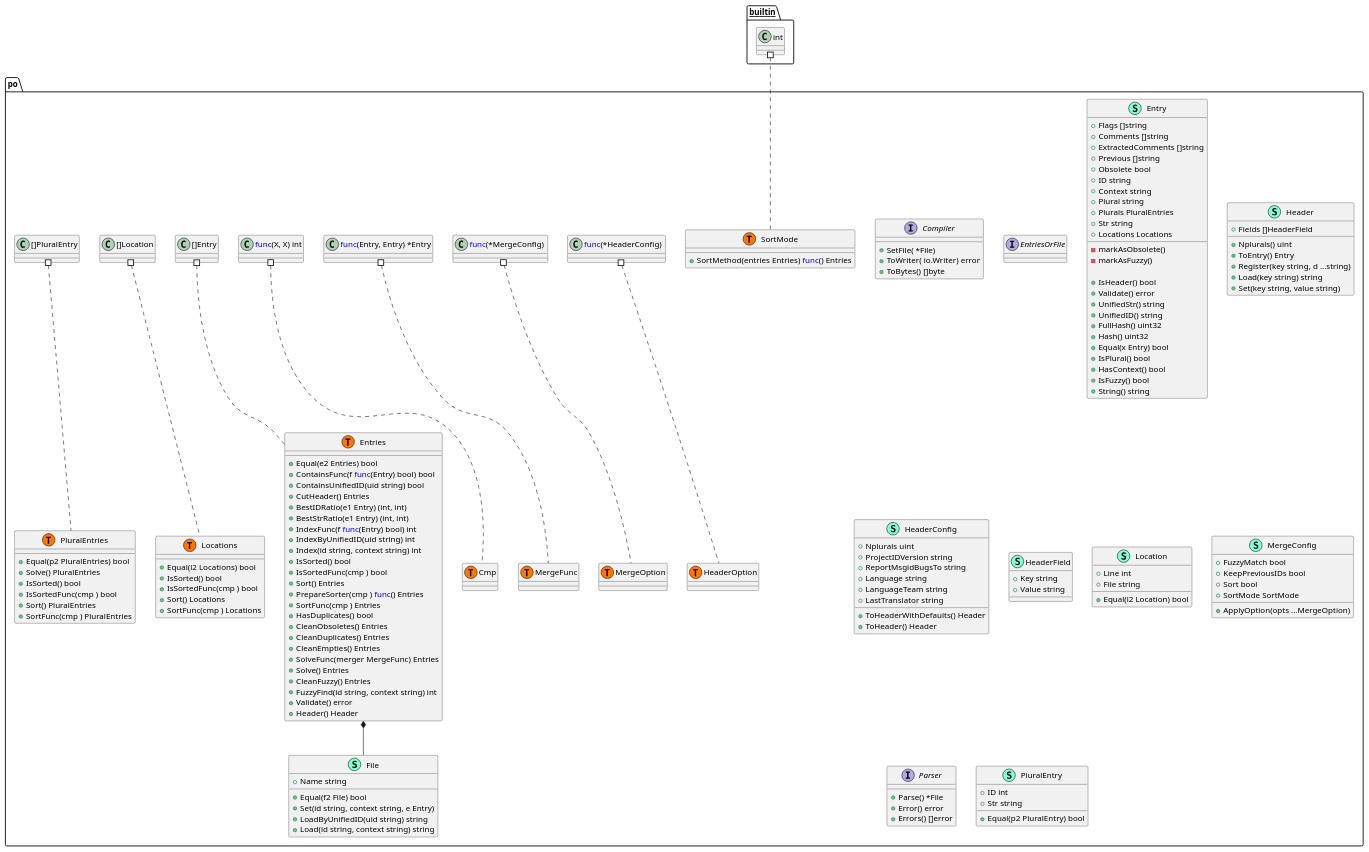
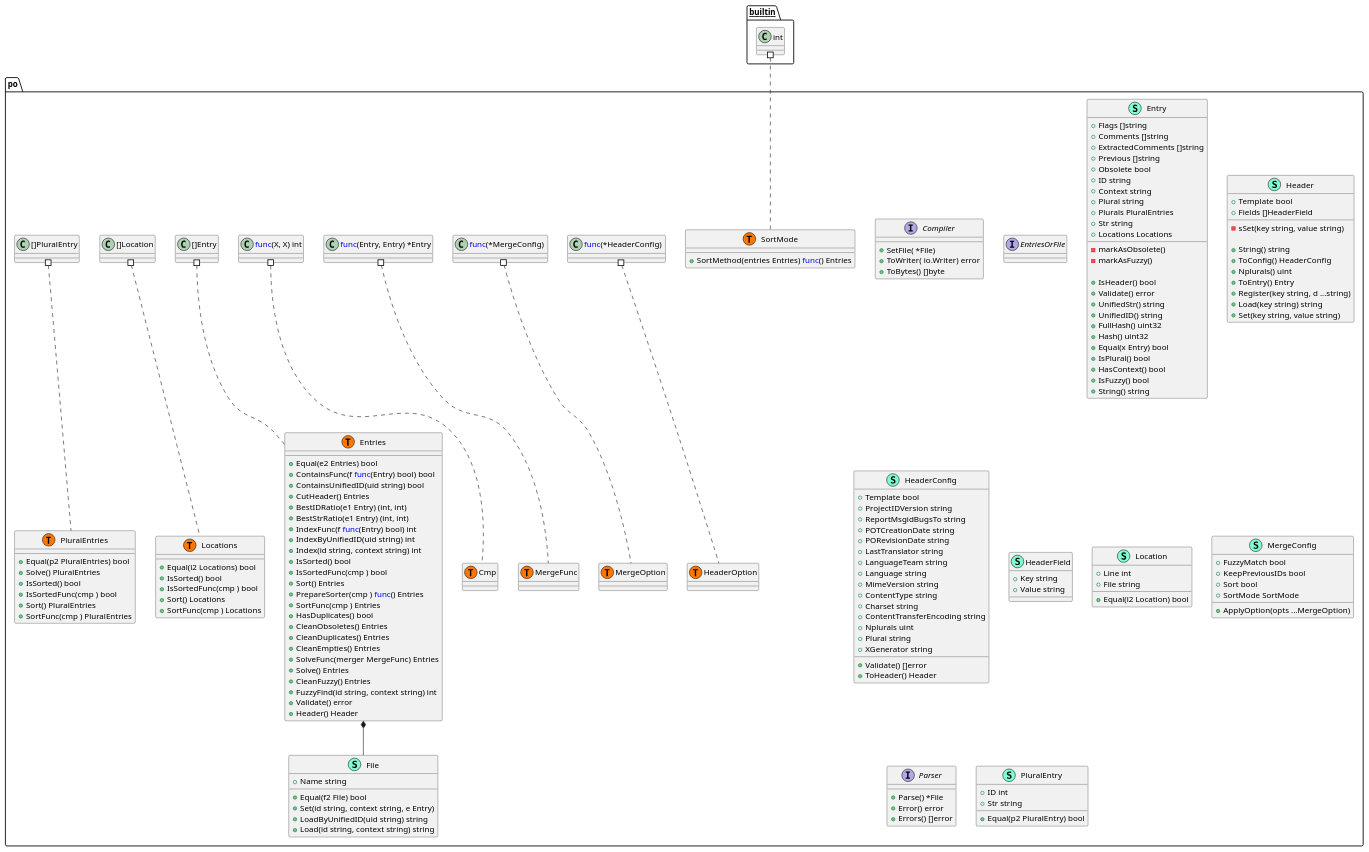
The diagram in pkg/po/structure.puml (Tom5521/gotext-tools), drawn with PlantUML before and after one commit. The commit also changed 5 other files, not shown here.

```diff
--- a/pkg/po/structure.puml
+++ b/pkg/po/structure.puml
@@ -1,181 +1,195 @@
 @startuml
 namespace po {
     interface Compiler  {
         + SetFile( *File) 
         + ToWriter( io.Writer) error
         + ToBytes() []byte
 
     }
     class Entries << (S,Aquamarine) >> {
         + Equal(e2 Entries) bool
         + ContainsFunc(f <font color=blue>func</font>(Entry) bool) bool
         + ContainsUnifiedID(uid string) bool
         + CutHeader() Entries
         + BestIDRatio(e1 Entry) (int, int)
         + BestStrRatio(e1 Entry) (int, int)
         + IndexFunc(f <font color=blue>func</font>(Entry) bool) int
         + IndexByUnifiedID(uid string) int
         + Index(id string, context string) int
         + IsSorted() bool
         + IsSortedFunc(cmp ) bool
         + Sort() Entries
         + PrepareSorter(cmp ) <font color=blue>func</font>() Entries
         + SortFunc(cmp ) Entries
         + HasDuplicates() bool
         + CleanObsoletes() Entries
         + CleanDuplicates() Entries
         + CleanEmpties() Entries
         + SolveFunc(merger MergeFunc) Entries
         + Solve() Entries
         + CleanFuzzy() Entries
         + FuzzyFind(id string, context string) int
         + Validate() error
         + Header() Header
 
     }
     interface EntriesOrFile  {
     }
     class Entry << (S,Aquamarine) >> {
         + Flags []string
         + Comments []string
         + ExtractedComments []string
         + Previous []string
         + Obsolete bool
         + ID string
         + Context string
         + Plural string
         + Plurals PluralEntries
         + Str string
         + Locations Locations
 
         - markAsObsolete() 
         - markAsFuzzy() 
 
         + IsHeader() bool
         + Validate() error
         + UnifiedStr() string
         + UnifiedID() string
         + FullHash() uint32
         + Hash() uint32
         + Equal(x Entry) bool
         + IsPlural() bool
         + HasContext() bool
         + IsFuzzy() bool
         + String() string
 
     }
     class File << (S,Aquamarine) >> {
         + Name string
 
         + Equal(f2 File) bool
         + Set(id string, context string, e Entry) 
         + LoadByUnifiedID(uid string) string
         + Load(id string, context string) string
 
     }
     class Header << (S,Aquamarine) >> {
+        + Template bool
         + Fields []HeaderField
 
+        - sSet(key string, value string) 
+
+        + String() string
+        + ToConfig() HeaderConfig
         + Nplurals() uint
         + ToEntry() Entry
         + Register(key string, d ...string) 
         + Load(key string) string
         + Set(key string, value string) 
 
     }
     class HeaderConfig << (S,Aquamarine) >> {
-        + Nplurals uint
+        + Template bool
         + ProjectIDVersion string
         + ReportMsgidBugsTo string
+        + POTCreationDate string
+        + PORevisionDate string
+        + LastTranslator string
+        + LanguageTeam string
         + Language string
-        + LanguageTeam string
-        + LastTranslator string
+        + MimeVersion string
+        + ContentType string
+        + Charset string
+        + ContentTransferEncoding string
+        + Nplurals uint
+        + Plural string
+        + XGenerator string
 
-        + ToHeaderWithDefaults() Header
+        + Validate() []error
         + ToHeader() Header
 
     }
     class HeaderField << (S,Aquamarine) >> {
         + Key string
         + Value string
 
     }
     class Location << (S,Aquamarine) >> {
         + Line int
         + File string
 
         + Equal(l2 Location) bool
 
     }
     class Locations << (S,Aquamarine) >> {
         + Equal(l2 Locations) bool
         + IsSorted() bool
         + IsSortedFunc(cmp ) bool
         + Sort() Locations
         + SortFunc(cmp ) Locations
 
     }
     class MergeConfig << (S,Aquamarine) >> {
         + FuzzyMatch bool
         + KeepPreviousIDs bool
         + Sort bool
         + SortMode SortMode
 
         + ApplyOption(opts ...MergeOption) 
 
     }
     interface Parser  {
         + Parse() *File
         + Error() error
         + Errors() []error
 
     }
     class PluralEntries << (S,Aquamarine) >> {
         + Equal(p2 PluralEntries) bool
         + Solve() PluralEntries
         + IsSorted() bool
         + IsSortedFunc(cmp ) bool
         + Sort() PluralEntries
         + SortFunc(cmp ) PluralEntries
 
     }
     class PluralEntry << (S,Aquamarine) >> {
         + ID int
         + Str string
 
         + Equal(p2 PluralEntry) bool
 
     }
     class SortMode << (S,Aquamarine) >> {
         + SortMethod(entries Entries) <font color=blue>func</font>() Entries
 
     }
     class po.Cmp << (T, #FF7700) >>  {
     }
     class po.Entries << (T, #FF7700) >>  {
     }
     class po.HeaderOption << (T, #FF7700) >>  {
     }
     class po.Locations << (T, #FF7700) >>  {
     }
     class po.MergeFunc << (T, #FF7700) >>  {
     }
     class po.MergeOption << (T, #FF7700) >>  {
     }
     class po.PluralEntries << (T, #FF7700) >>  {
     }
     class po.SortMode << (T, #FF7700) >>  {
     }
 }
 "po.Entries" *-- "po.File"
 
 
 "__builtin__.int" #.. "po.SortMode"
 "po.<font color=blue>func</font>(*HeaderConfig) " #.. "po.HeaderOption"
 "po.<font color=blue>func</font>(*MergeConfig) " #.. "po.MergeOption"
 "po.<font color=blue>func</font>(Entry, Entry) *Entry" #.. "po.MergeFunc"
 "po.<font color=blue>func</font>(X, X) int" #.. "po.Cmp"
 "po.[]Entry" #.. "po.Entries"
 "po.[]Location" #.. "po.Locations"
 "po.[]PluralEntry" #.. "po.PluralEntries"
 @enduml
```
